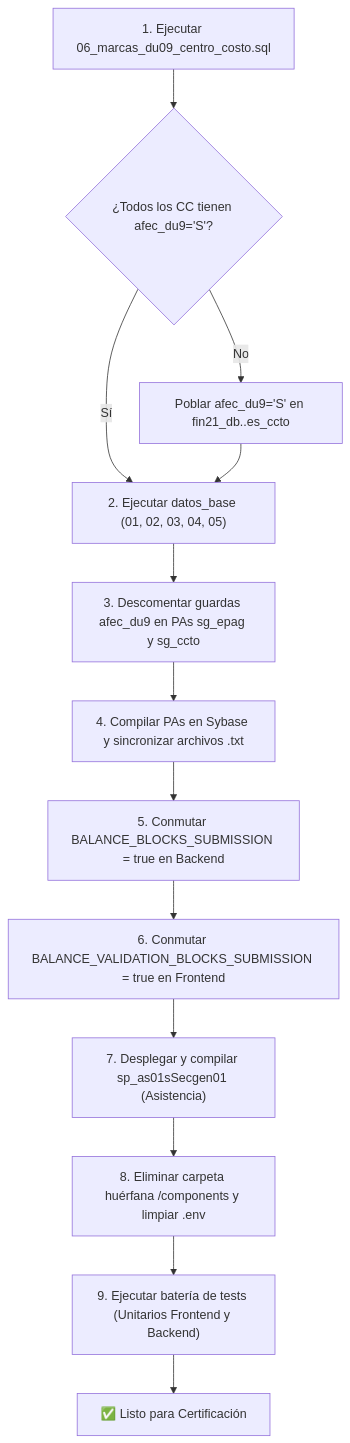
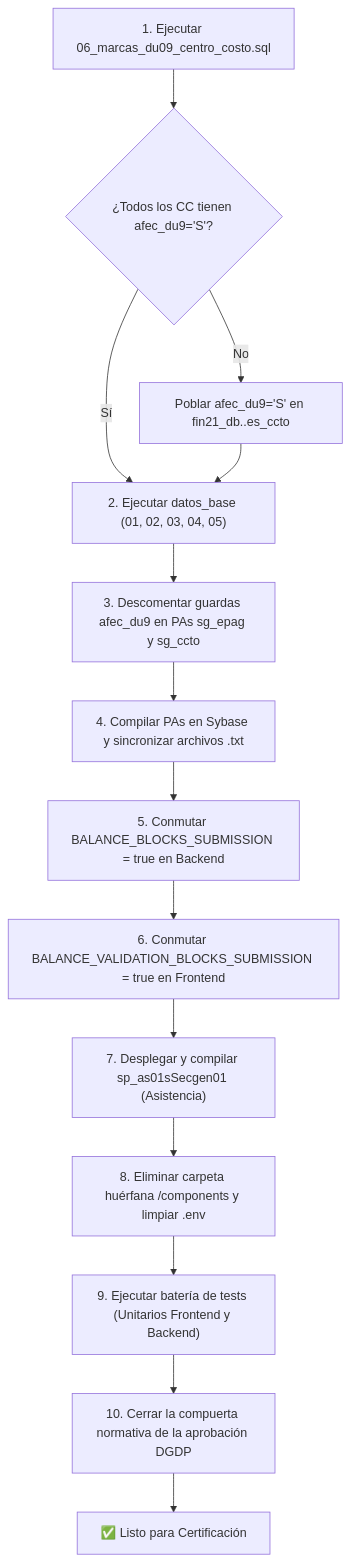
The diagram in checklist_validaciones_y_paso_a_certificacion.md (estebanlizama/template_wf_pagos), drawn with Mermaid before and after one commit. The commit also changed other lines of this file and 14 other files, not shown here.

````diff
--- a/checklist_validaciones_y_paso_a_certificacion.md
+++ b/checklist_validaciones_y_paso_a_certificacion.md
@@ -117,15 +123,16 @@
 ```mermaid
 flowchart TD
     A["1. Ejecutar 06_marcas_du09_centro_costo.sql"] --> B{"¿Todos los CC tienen afec_du9='S'?"}
     B -- No --> C["Poblar afec_du9='S' en fin21_db..es_ccto"]
     B -- Sí --> D["2. Ejecutar datos_base (01, 02, 03, 04, 05)"]
     C --> D
     D --> E["3. Descomentar guardas afec_du9 en PAs sg_epag y sg_ccto"]
     E --> F["4. Compilar PAs en Sybase y sincronizar archivos .txt"]
     F --> G["5. Conmutar BALANCE_BLOCKS_SUBMISSION = true en Backend"]
     G --> H["6. Conmutar BALANCE_VALIDATION_BLOCKS_SUBMISSION = true en Frontend"]
     H --> I["7. Desplegar y compilar sp_as01sSecgen01 (Asistencia)"]
     I --> J["8. Eliminar carpeta huérfana /components y limpiar .env"]
     J --> K["9. Ejecutar batería de tests (Unitarios Frontend y Backend)"]
-    K --> L["✅ Listo para Certificación"]
+    K --> M["10. Cerrar la compuerta normativa de la aprobación DGDP"]
+    M --> L["✅ Listo para Certificación"]
 ```
````
